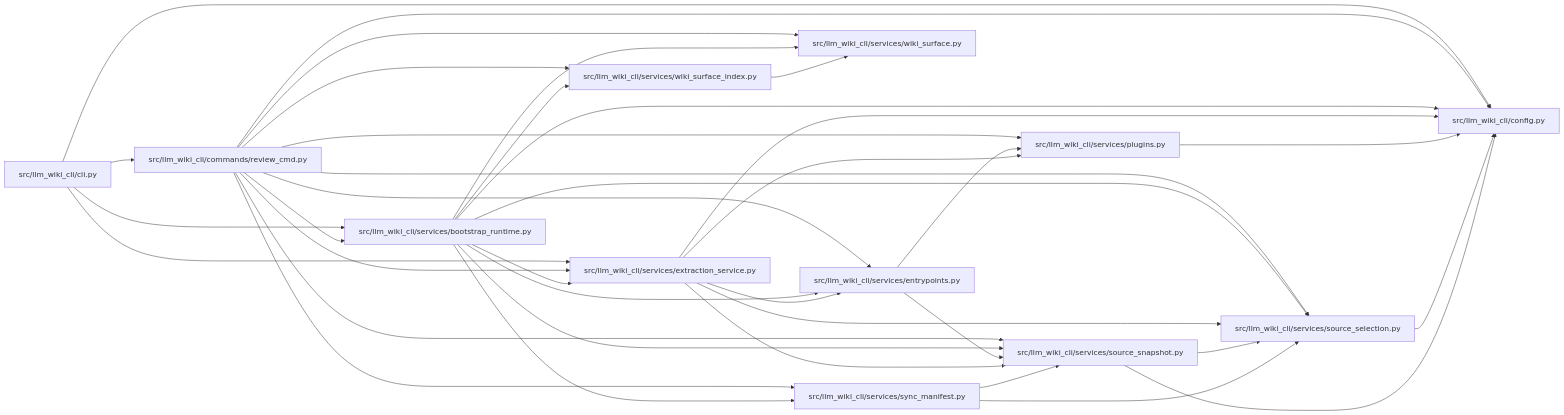
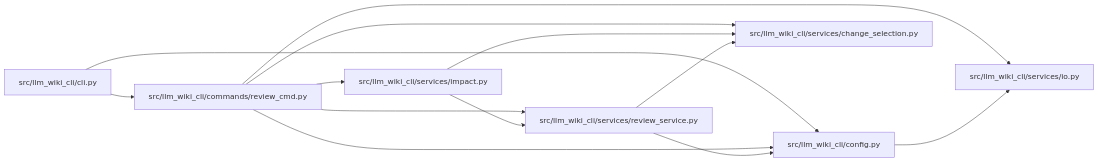
The diagram in docs/llm_wiki/modules/review_cmd.md (Denissvgn/python-wiki-llm), drawn with Mermaid before and after one commit. The commit also changed other lines of this file and 152 other files, not shown here.

````diff
--- a/docs/llm_wiki/modules/review_cmd.md
+++ b/docs/llm_wiki/modules/review_cmd.md
@@ -37,63 +37,29 @@
 ```mermaid
 flowchart LR
     n0["src/llm_wiki_cli/cli.py"]
     n1["src/llm_wiki_cli/commands/review_cmd.py"]
     n2["src/llm_wiki_cli/config.py"]
-    n3["src/llm_wiki_cli/services/bootstrap_runtime.py"]
-    n4["src/llm_wiki_cli/services/entrypoints.py"]
-    n5["src/llm_wiki_cli/services/extraction_service.py"]
-    n6["src/llm_wiki_cli/services/plugins.py"]
-    n7["src/llm_wiki_cli/services/source_selection.py"]
-    n8["src/llm_wiki_cli/services/source_snapshot.py"]
-    n9["src/llm_wiki_cli/services/sync_manifest.py"]
-    n10["src/llm_wiki_cli/services/wiki_surface.py"]
-    n11["src/llm_wiki_cli/services/wiki_surface_index.py"]
+    n3["src/llm_wiki_cli/services/change_selection.py"]
+    n4["src/llm_wiki_cli/services/impact.py"]
+    n5["src/llm_wiki_cli/services/io.py"]
+    n6["src/llm_wiki_cli/services/review_service.py"]
     n0 --> n1
     n0 --> n2
-    n0 --> n3
-    n0 --> n5
     n1 --> n2
     n1 --> n3
     n1 --> n4
     n1 --> n5
     n1 --> n6
-    n1 --> n7
-    n1 --> n8
-    n1 --> n9
-    n1 --> n10
-    n1 --> n11
-    n3 --> n2
-    n3 --> n4
-    n3 --> n5
-    n3 --> n7
-    n3 --> n8
-    n3 --> n9
-    n3 --> n10
-    n3 --> n11
+    n2 --> n5
+    n4 --> n3
     n4 --> n6
-    n4 --> n8
-    n5 --> n2
-    n5 --> n4
-    n5 --> n6
-    n5 --> n7
-    n5 --> n8
     n6 --> n2
-    n7 --> n2
-    n8 --> n2
-    n8 --> n7
-    n9 --> n7
-    n9 --> n8
-    n11 --> n10
+    n6 --> n3
     click n0 "../modules/cli.md"
     click n1 "../modules/review_cmd.md"
     click n2 "../modules/config.md"
-    click n3 "../modules/bootstrap_runtime.md"
-    click n4 "../modules/entrypoints.md"
-    click n5 "../modules/extraction_service.md"
-    click n6 "../modules/plugins.md"
-    click n7 "../modules/source_selection.md"
-    click n8 "../modules/source_snapshot.md"
-    click n9 "../modules/sync_manifest.md"
-    click n10 "../modules/wiki_surface.md"
-    click n11 "../modules/wiki_surface_index.md"
+    click n3 "../modules/change_selection.md"
+    click n4 "../modules/impact.md"
+    click n5 "../modules/io.md"
+    click n6 "../modules/review_service.md"
 ```
````
